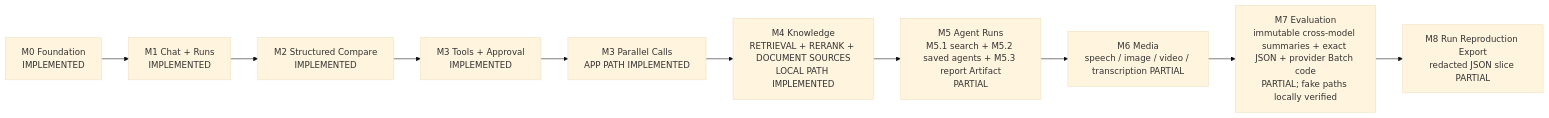
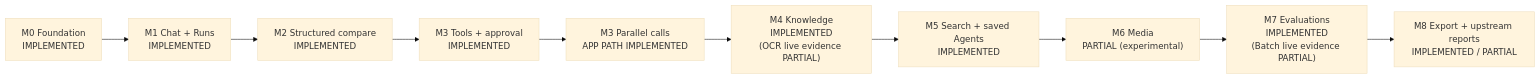
One commit to yorzi/rubyllm-workbench changed the tenth of 10 diagrams in docs/ARCHITECTURE.md. Above: the diagram before and after it, drawn with Mermaid (base theme). The commit also changed other lines of this file and 14 other files, not shown here.

````diff
--- a/docs/ARCHITECTURE.md
+++ b/docs/ARCHITECTURE.md
@@ -696,12 +502,12 @@
 ```mermaid
 flowchart LR
     M0["M0 Foundation\nIMPLEMENTED"] --> M1["M1 Chat + Runs\nIMPLEMENTED"]
-    M1 --> M2["M2 Structured Compare\nIMPLEMENTED"]
-    M2 --> M3["M3 Tools + Approval\nIMPLEMENTED"]
-    M3 --> M3P["M3 Parallel Calls\nAPP PATH IMPLEMENTED"]
-    M3P --> M4["M4 Knowledge\nRETRIEVAL + RERANK + DOCUMENT SOURCES\nLOCAL PATH IMPLEMENTED"]
-    M4 --> M5["M5 Agent Runs\nM5.1 search + M5.2 saved agents + M5.3 report Artifact\nPARTIAL"]
-    M5 --> M6["M6 Media\nspeech / image / video / transcription PARTIAL"]
-    M6 --> M7["M7 Evaluation\nimmutable cross-model summaries + exact JSON + provider Batch code\nPARTIAL; fake paths locally verified"]
-    M7 --> M8["M8 Run Reproduction Export\nredacted JSON slice PARTIAL"]
+    M1 --> M2["M2 Structured compare\nIMPLEMENTED"]
+    M2 --> M3["M3 Tools + approval\nIMPLEMENTED"]
+    M3 --> M3P["M3 Parallel calls\nAPP PATH IMPLEMENTED"]
+    M3P --> M4["M4 Knowledge\nIMPLEMENTED\n(OCR live evidence PARTIAL)"]
+    M4 --> M5["M5 Search + saved Agents\nIMPLEMENTED"]
+    M5 --> M6["M6 Media\nPARTIAL (experimental)"]
+    M6 --> M7["M7 Evaluations\nIMPLEMENTED\n(Batch live evidence PARTIAL)"]
+    M7 --> M8["M8 Export + upstream reports\nIMPLEMENTED / PARTIAL"]
 ```
````
